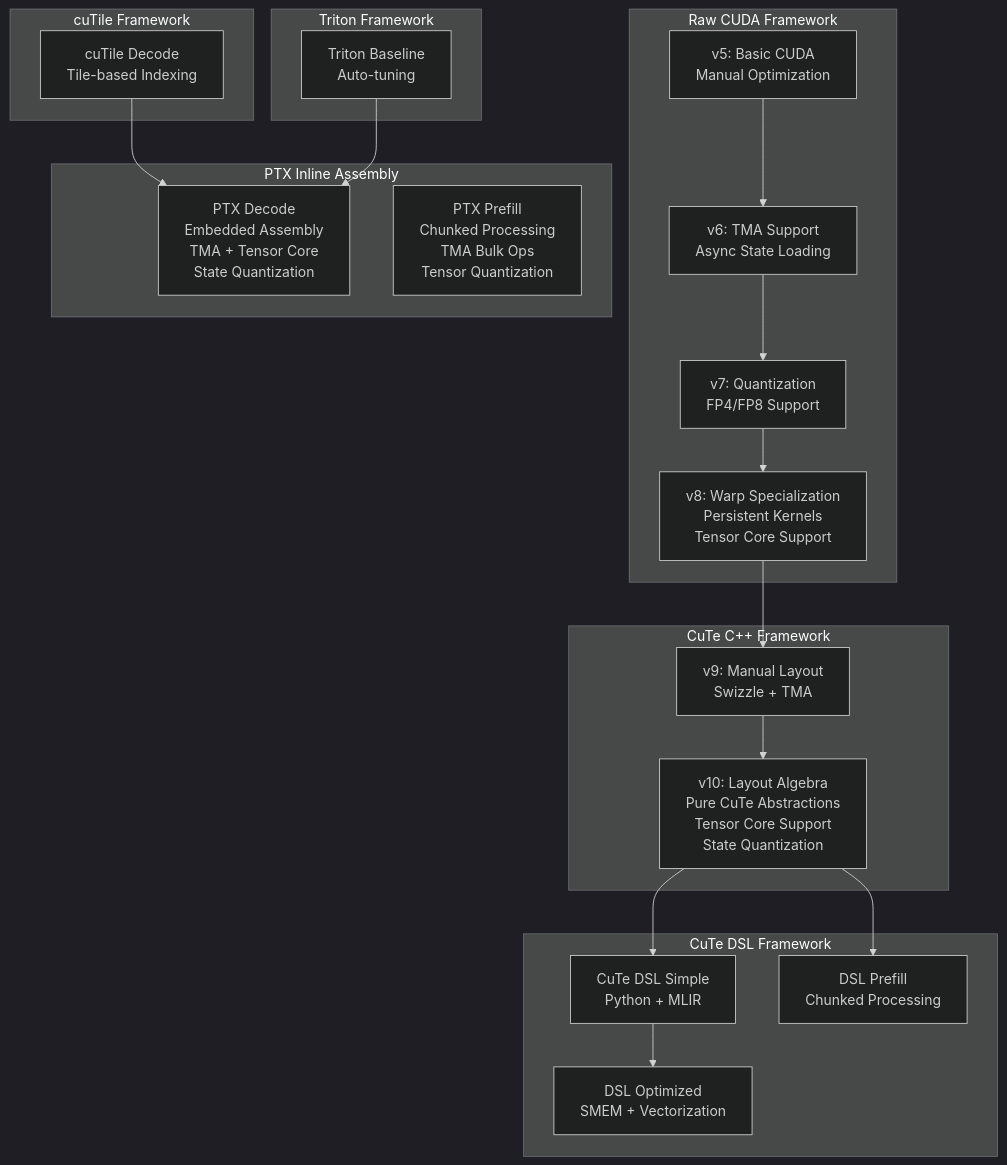
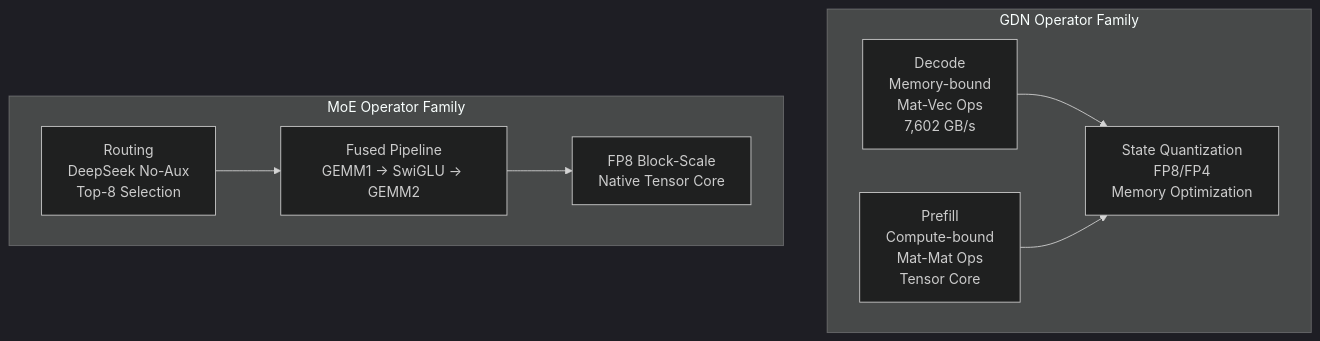
Before and after one commit to gugudeshubao/flashinfer-bench-tma-thrust: the first of 5 diagrams in .qoder/repowiki/en/content/Core Kernels/Core Kernels.md, drawn with Mermaid (dark theme). The commit also changed other lines of this file and 5 other files, not shown here.

First line of the commit message:
docs: Add Zhihu article on GDN inference optimization

````diff
--- a/.qoder/repowiki/en/content/Core Kernels/Core Kernels.md
+++ b/.qoder/repowiki/en/content/Core Kernels/Core Kernels.md
@@ -111,34 +99,16 @@
 ```mermaid
 graph TB
-subgraph "Raw CUDA Framework"
-CUDA_v5["v5: Basic CUDA<br/>Manual Optimization"]
-CUDA_v6["v6: TMA Support<br/>Async State Loading"]
-CUDA_v7["v7: Quantization<br/>FP4/FP8 Support"]
-CUDA_v8["v8: Warp Specialization<br/>Persistent Kernels<br/>Tensor Core Support"]
+subgraph "GDN Operator Family"
+GDN_Decode["Decode<br/>Memory-bound<br/>Mat-Vec Ops<br/>7,602 GB/s"]
+GDN_Prefill["Prefill<br/>Compute-bound<br/>Mat-Mat Ops<br/>Tensor Core"]
+GDN_State["State Quantization<br/>FP8/FP4<br/>Memory Optimization"]
 end
-subgraph "CuTe C++ Framework"
-CuTe_v9["v9: Manual Layout<br/>Swizzle + TMA"]
-CuTe_v10["v10: Layout Algebra<br/>Pure CuTe Abstractions<br/>Tensor Core Support<br/>State Quantization"]
+subgraph "MoE Operator Family"
+MoE_Routing["Routing<br/>DeepSeek No-Aux<br/>Top-8 Selection"]
+MoE_Fusion["Fused Pipeline<br/>GEMM1 → SwiGLU → GEMM2"]
+MoE_FP8["FP8 Block-Scale<br/>Native Tensor Core"]
 end
-subgraph "CuTe DSL Framework"
-DSL_Simple["CuTe DSL Simple<br/>Python + MLIR"]
-DSL_Optimized["DSL Optimized<br/>SMEM + Vectorization"]
-DSL_Prefill["DSL Prefill<br/>Chunked Processing"]
-end
-subgraph "cuTile Framework"
-CuTile_Decode["cuTile Decode<br/>Tile-based Indexing"]
-end
-subgraph "PTX Inline Assembly"
-PTX_Decode["PTX Decode<br/>Embedded Assembly<br/>TMA + Tensor Core<br/>State Quantization"]
-PTX_Prefill["PTX Prefill<br/>Chunked Processing<br/>TMA Bulk Ops<br/>Tensor Quantization"]
-end
-subgraph "Triton Framework"
-Triton_Base["Triton Baseline<br/>Auto-tuning"]
-end
-CUDA_v5 --> CUDA_v6 --> CUDA_v7 --> CUDA_v8
-CUDA_v8 --> CuTe_v9 --> CuTe_v10
-CuTe_v10 --> DSL_Simple --> DSL_Optimized
-CuTe_v10 --> DSL_Prefill
-CuTile_Decode --> PTX_Decode
-Triton_Base --> PTX_Decode
+GDN_Decode --> GDN_State
+GDN_Prefill --> GDN_State
+MoE_Routing --> MoE_Fusion --> MoE_FP8
 ```
````
